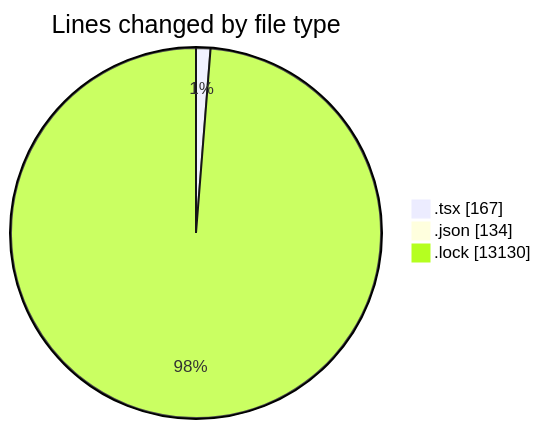
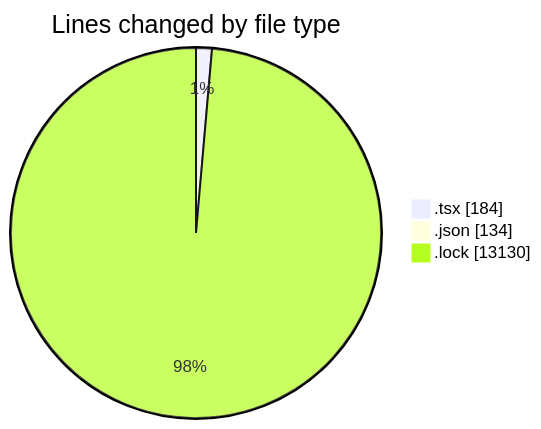
Before and after one commit to momahboobian/code-tracking: the first of 2 diagrams in 2025-02-09/cda/README.md, drawn with Mermaid. The commit also changed other lines of this file and 1 other file, not shown here.

````diff
--- a/2025-02-09/cda/README.md
+++ b/2025-02-09/cda/README.md
@@ -25,7 +25,7 @@
 ```mermaid
 pie showData
 title Lines changed by file type
-".tsx" : 167
+".tsx" : 184
 ".json" : 134
 ".lock" : 13130
 ```
````
